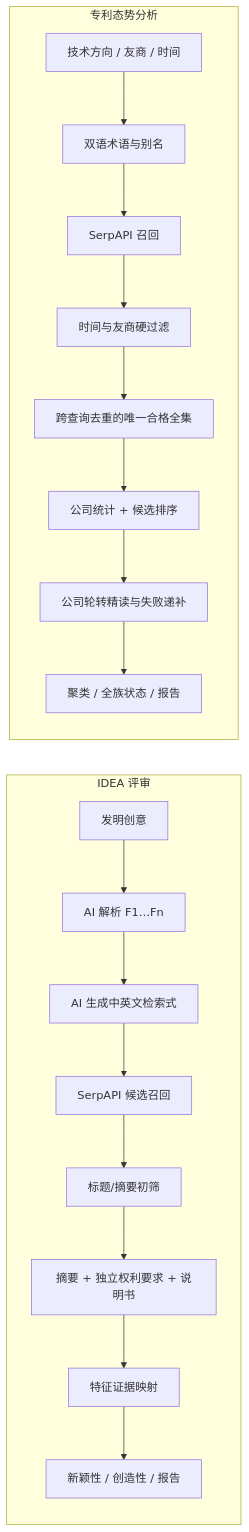
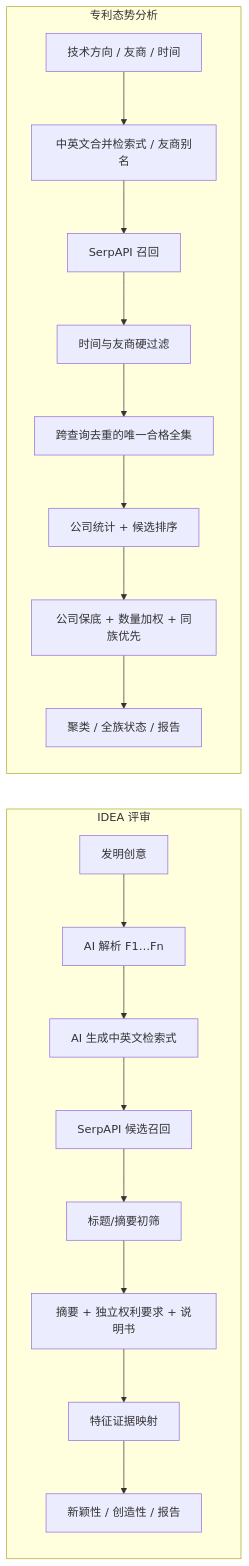
The second of 2 diagrams in docs/aifpatent-architecture-diagram.md (BeingOK3/AIFPatent), drawn with Mermaid before and after one commit. The commit also changed other lines of this file and 16 other files, not shown here.

````diff
--- a/docs/aifpatent-architecture-diagram.md
+++ b/docs/aifpatent-architecture-diagram.md
@@ -120,22 +120,22 @@
 ```mermaid
 flowchart LR
     subgraph Idea["IDEA 评审"]
         I1["发明创意"] --> I2["AI 解析 F1…Fn"]
         I2 --> I3["AI 生成中英文检索式"]
         I3 --> I4["SerpAPI 候选召回"]
         I4 --> I5["标题/摘要初筛"]
         I5 --> I6["摘要 + 独立权利要求 + 说明书"]
         I6 --> I7["特征证据映射"]
         I7 --> I8["新颖性 / 创造性 / 报告"]
     end
 
     subgraph Landscape["专利态势分析"]
-        L1["技术方向 / 友商 / 时间"] --> L2["双语术语与别名"]
+        L1["技术方向 / 友商 / 时间"] --> L2["中英文合并检索式 / 友商别名"]
         L2 --> L3["SerpAPI 召回"]
         L3 --> L4["时间与友商硬过滤"]
         L4 --> L5["跨查询去重的唯一合格全集"]
         L5 --> L6["公司统计 + 候选排序"]
-        L6 --> L7["公司轮转精读与失败递补"]
+        L6 --> L7["公司保底 + 数量加权 + 同族优先"]
         L7 --> L8["聚类 / 全族状态 / 报告"]
     end
 ```
````
